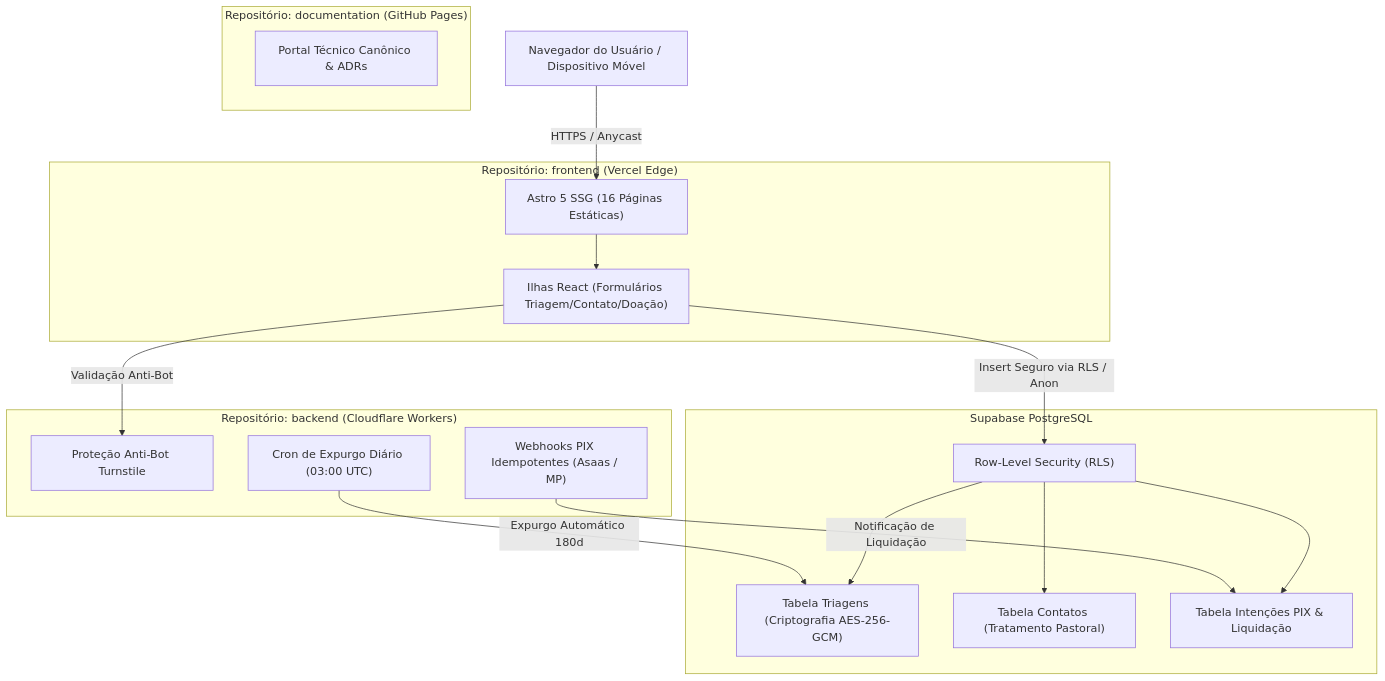
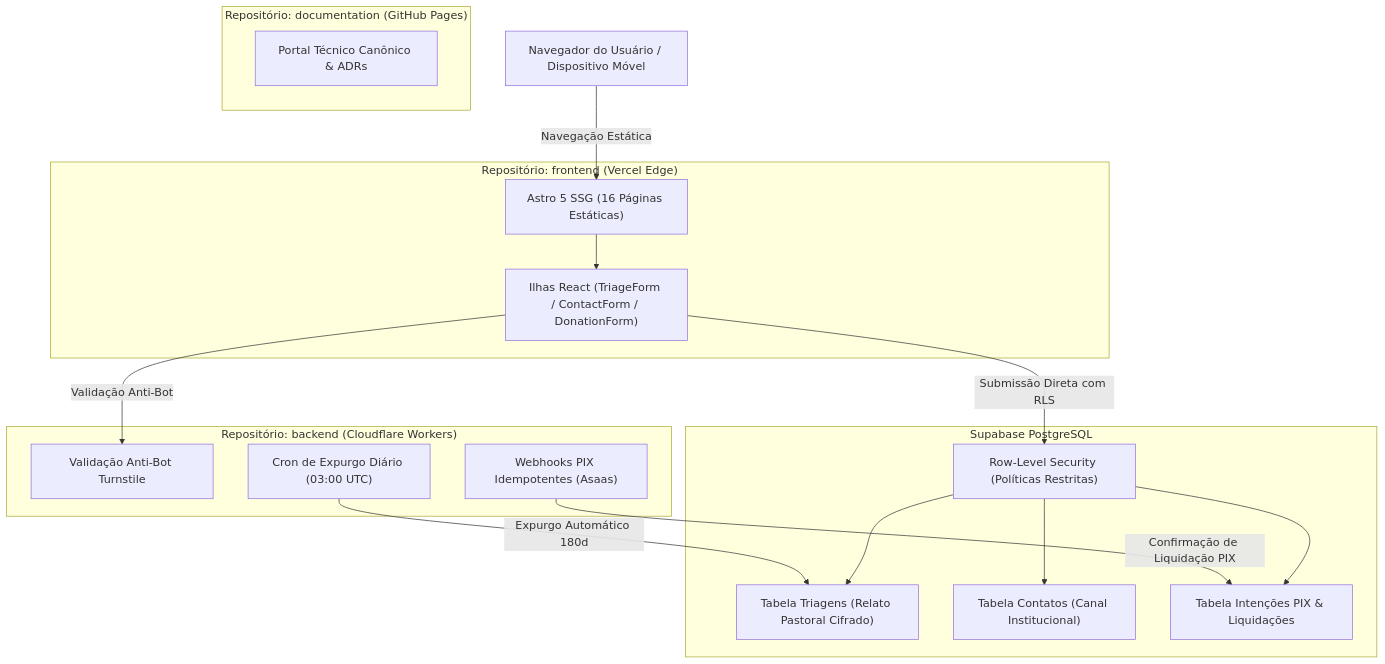
The diagram in docs/index.md (purelifeministriesbrasil/documentation), drawn with Mermaid before and after one commit. The commit also changed other lines of this file, not shown here.

````diff
--- a/docs/index.md
+++ b/docs/index.md
@@ -184,36 +199,36 @@
 ```mermaid
 graph TD
     Client["Navegador do Usuário / Dispositivo Móvel"]
     
     subgraph EdgeFrontend ["Repositório: frontend (Vercel Edge)"]
         AstroSSG["Astro 5 SSG (16 Páginas Estáticas)"]
-        ReactIslands["Ilhas React (Formulários Triagem/Contato/Doação)"]
+        ReactIslands["Ilhas React (TriageForm / ContactForm / DonationForm)"]
     end
 
     subgraph ServerlessBackend ["Repositório: backend (Cloudflare Workers)"]
-        TurnstileGuard["Proteção Anti-Bot Turnstile"]
-        PaymentWebhooks["Webhooks PIX Idempotentes (Asaas / MP)"]
+        TurnstileGuard["Validação Anti-Bot Turnstile"]
+        PaymentWebhooks["Webhooks PIX Idempotentes (Asaas)"]
         PurgeCron["Cron de Expurgo Diário (03:00 UTC)"]
     end
 
     subgraph DataPlatform ["Supabase PostgreSQL"]
-        RLS["Row-Level Security (RLS)"]
-        TriageVault["Tabela Triagens (Criptografia AES-256-GCM)"]
-        ContactStore["Tabela Contatos (Tratamento Pastoral)"]
-        DonationStore["Tabela Intenções PIX & Liquidação"]
+        RLS["Row-Level Security (Políticas Restritas)"]
+        TriageVault["Tabela Triagens (Relato Pastoral Cifrado)"]
+        ContactStore["Tabela Contatos (Canal Institucional)"]
+        DonationStore["Tabela Intenções PIX & Liquidações"]
     end
 
     subgraph GovernanceDocs ["Repositório: documentation (GitHub Pages)"]
         MkDocsPortal["Portal Técnico Canônico & ADRs"]
     end
 
-    Client -->|HTTPS / Anycast| AstroSSG
+    Client -->|Navegação Estática| AstroSSG
     AstroSSG --> ReactIslands
-    ReactIslands -->|Insert Seguro via RLS / Anon| RLS
     ReactIslands -->|Validação Anti-Bot| TurnstileGuard
-    PaymentWebhooks -->|Notificação de Liquidação| DonationStore
+    ReactIslands -->|Submissão Direta com RLS| RLS
+    PaymentWebhooks -->|Confirmação de Liquidação PIX| DonationStore
     PurgeCron -->|Expurgo Automático 180d| TriageVault
     RLS --> TriageVault
     RLS --> ContactStore
     RLS --> DonationStore
 ```
````
